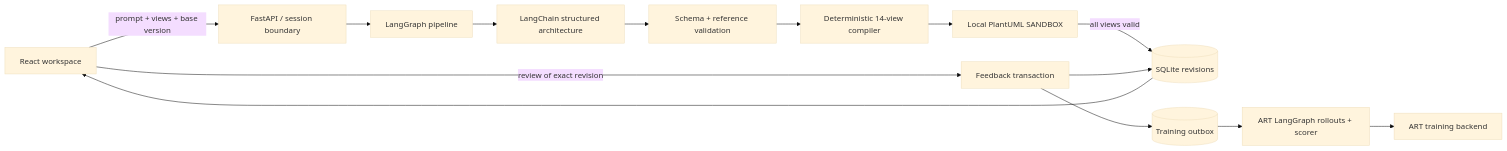
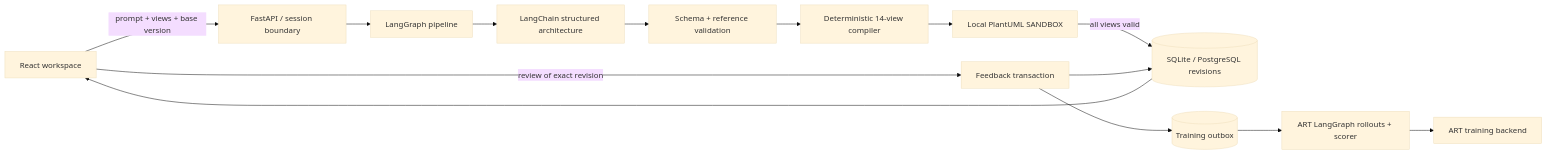
The diagram in docs/architecture.md (ChiragArora31/forma-uml), drawn with Mermaid (base theme) before and after one commit. The commit also changed other lines of this file and 29 other files, not shown here.

Commit message:
feat: deploy Forma on Vercel with durable PostgreSQL storage

````diff
--- a/docs/architecture.md
+++ b/docs/architecture.md
@@ -5,16 +5,16 @@
 ```mermaid
 flowchart LR
   UI[React workspace] -->|prompt + views + base version| API[FastAPI / session boundary]
   API --> Graph[LangGraph pipeline]
   Graph --> Model[LangChain structured architecture]
   Model --> Validation[Schema + reference validation]
   Validation --> Compiler[Deterministic 14-view compiler]
   Compiler --> Renderer[Local PlantUML SANDBOX]
-  Renderer -->|all views valid| DB[(SQLite revisions)]
+  Renderer -->|all views valid| DB[(SQLite / PostgreSQL revisions)]
   DB --> UI
   UI -->|review of exact revision| Feedback[Feedback transaction]
   Feedback --> DB
   Feedback --> Outbox[(Training outbox)]
   Outbox --> Worker[ART LangGraph rollouts + scorer]
   Worker --> ART[ART training backend]
 ```
````
